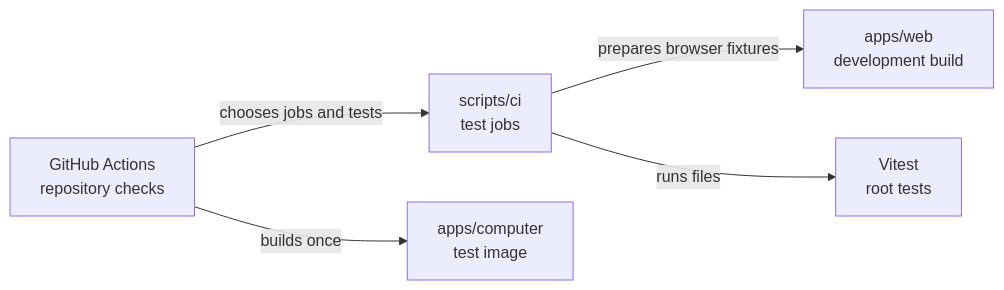
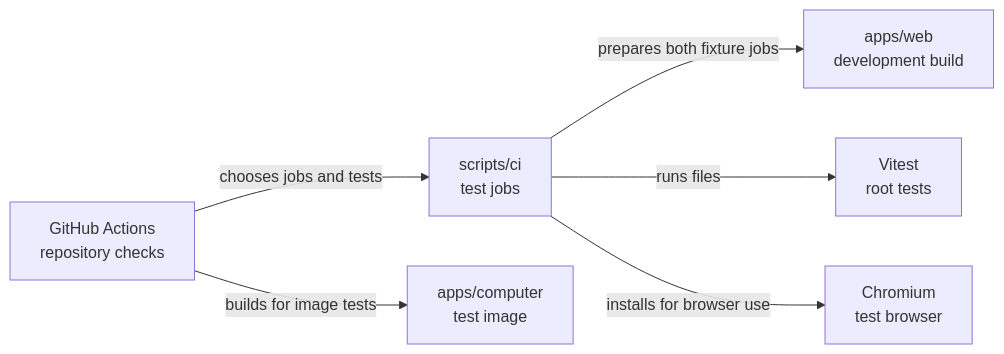
One commit to elewa-git/opencrane-new changed the diagram in scripts/ci/README.md. Above: the diagram before and after it, drawn with Mermaid. The commit also changed other lines of this file and 12 other files, not shown here.

Commit message:
⚡ Run image and browser fixtures in parallel CI jobs

````diff
--- a/scripts/ci/README.md
+++ b/scripts/ci/README.md
@@ -12,7 +13,8 @@
 ```mermaid
 flowchart LR
   actions["GitHub Actions<br/>repository checks"] -->|chooses jobs and tests| ci["scripts/ci<br/>test jobs"]
-  ci -->|prepares browser fixtures| web["apps/web<br/>development build"]
+  ci -->|prepares both fixture jobs| web["apps/web<br/>development build"]
   ci -->|runs files| vitest["Vitest<br/>root tests"]
-  actions -->|builds once| computer["apps/computer<br/>test image"]
+  actions -->|builds for image tests| computer["apps/computer<br/>test image"]
+  ci -->|installs for browser use| chromium["Chromium<br/>test browser"]
 ```
````
